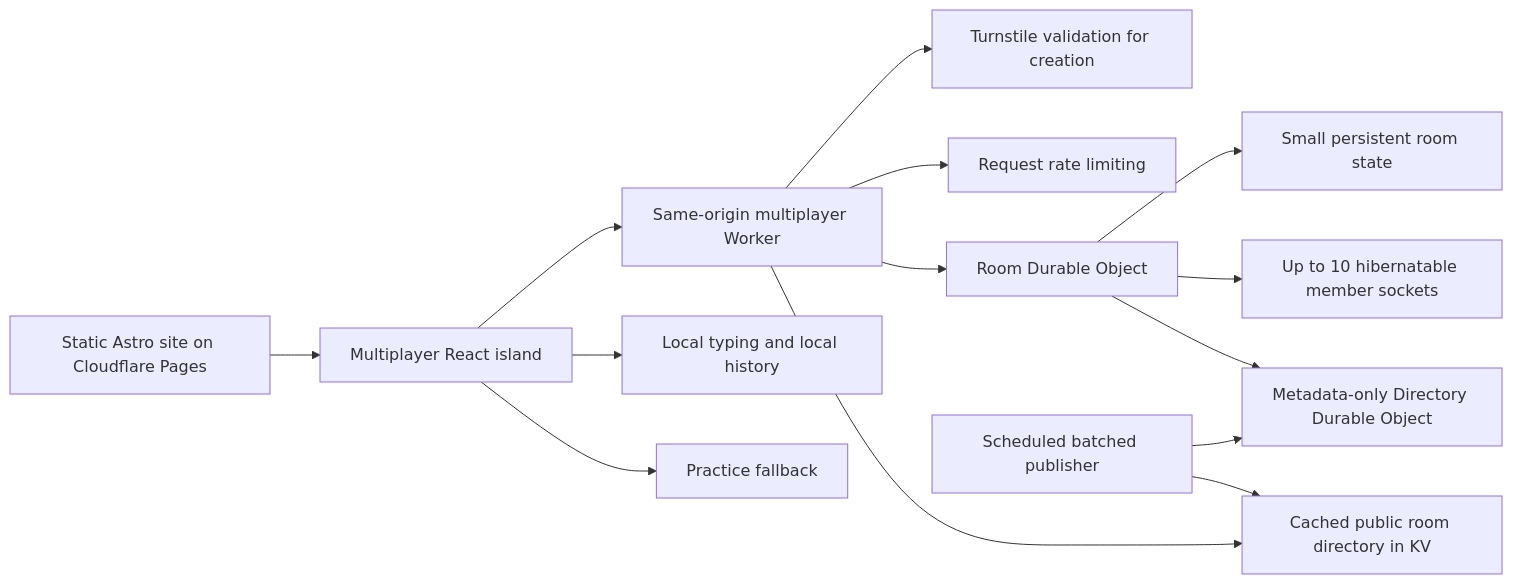
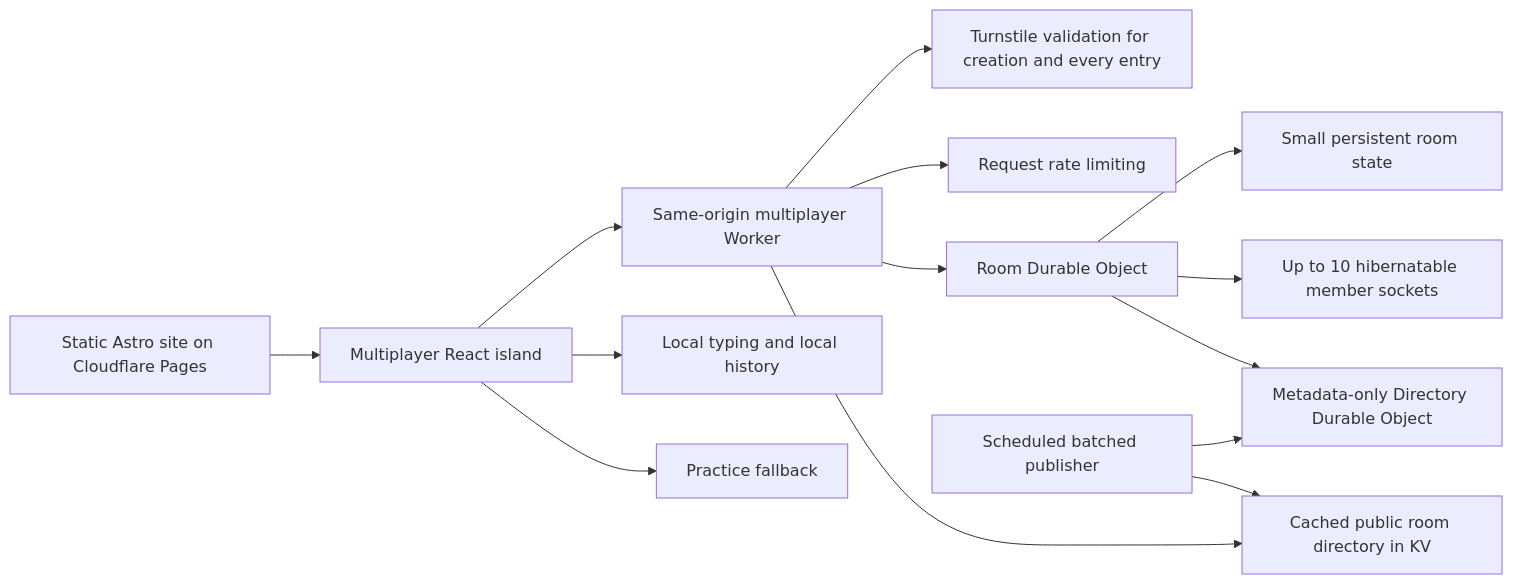
The first of 2 diagrams in plan/research/durable-objects-multiplayer/architecture.md (VivekGupta137/ninjatype), drawn with Mermaid before and after one commit. The commit also changed other lines of this file and 2 other files, not shown here.

````diff
--- a/plan/research/durable-objects-multiplayer/architecture.md
+++ b/plan/research/durable-objects-multiplayer/architecture.md
@@ -25,16 +26,16 @@
 ```mermaid
 flowchart LR
     P[Static Astro site on Cloudflare Pages] --> M[Multiplayer React island]
     M --> G[Same-origin multiplayer Worker]
-    G --> T[Turnstile validation for creation]
+    G --> T[Turnstile validation for creation and every entry]
     G --> R[Request rate limiting]
     G --> A[Room Durable Object]
     A --> S[Small persistent room state]
     A --> W[Up to 10 hibernatable member sockets]
     G --> K[Cached public room directory in KV]
     A --> D[Metadata-only Directory Durable Object]
     C[Scheduled batched publisher] --> D
     C --> K
     M --> L[Local typing and local history]
     M --> F[Practice fallback]
 ```
````
